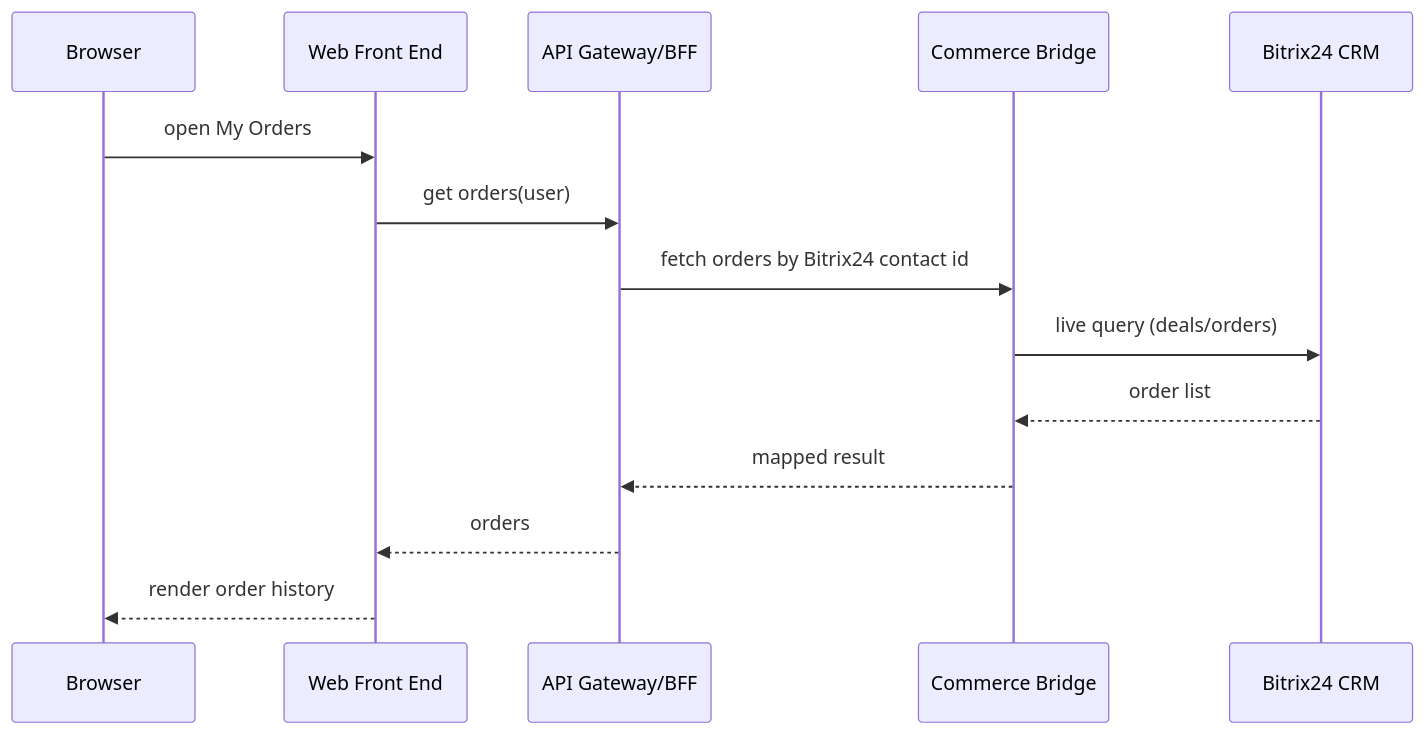
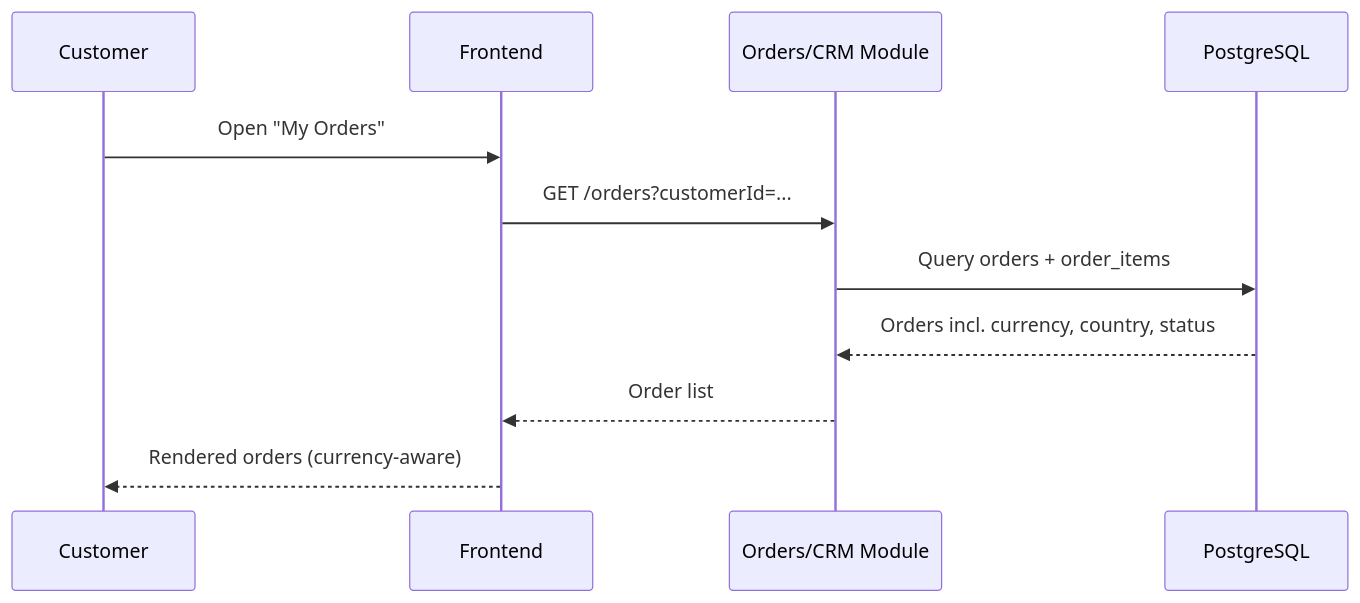
The sixth of 11 diagrams in projects/rumica-starter/ready_for_dev_docs/architecture-specification.md (DzmitryKamashkaInt/business_analysys_pipeline), drawn with Mermaid before and after one commit. The commit also changed other lines of this file and 1 other file, not shown here.

Commit message:
rumica-starter: finalized for development (custom stack + 6-country payment orchestration + restock notification)

````diff
--- a/projects/rumica-starter/ready_for_dev_docs/architecture-specification.md
+++ b/projects/rumica-starter/ready_for_dev_docs/architecture-specification.md
@@ -166,17 +218,14 @@
 ```mermaid
 sequenceDiagram
-    participant Browser
-    participant FE as Web Front End
-    participant GW as API Gateway/BFF
-    participant COMM as Commerce Bridge
-    participant BX as Bitrix24 CRM
+    participant U as Customer
+    participant FE as Frontend
+    participant Orders as Orders/CRM Module
+    participant DB as PostgreSQL
 
-    Browser->>FE: open My Orders
-    FE->>GW: get orders(user)
-    GW->>COMM: fetch orders by Bitrix24 contact id
-    COMM->>BX: live query (deals/orders)
-    BX-->>COMM: order list
-    COMM-->>GW: mapped result
-    GW-->>FE: orders
-    FE-->>Browser: render order history
+    U->>FE: Open "My Orders"
+    FE->>Orders: GET /orders?customerId=...
+    Orders->>DB: Query orders + order_items
+    DB-->>Orders: Orders incl. currency, country, status
+    Orders-->>FE: Order list
+    FE-->>U: Rendered orders (currency-aware)
 ```
````
